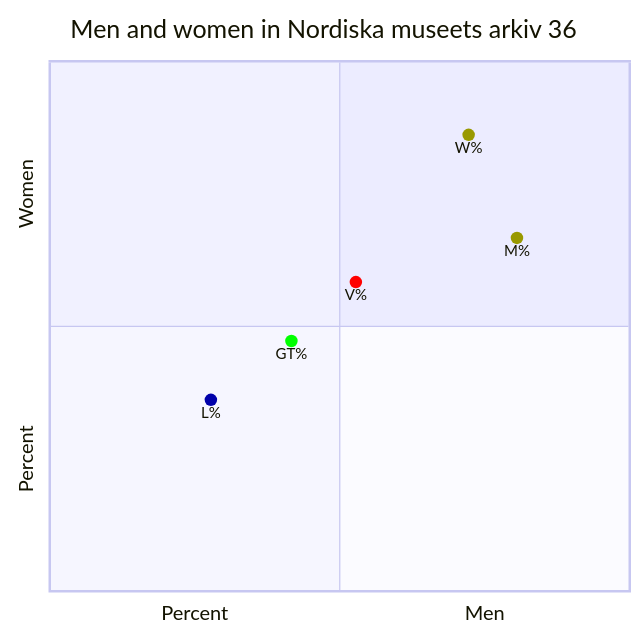
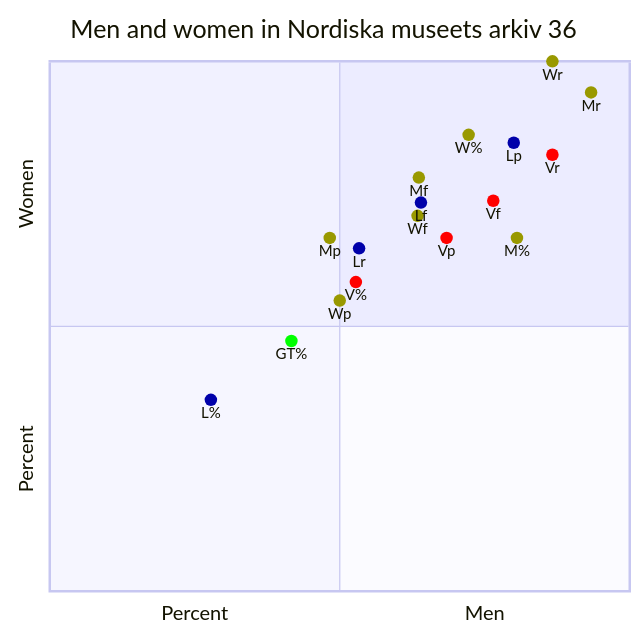
Diagram 11 of 11 in browser/scatter.md (Modern36/tropes_1500), drawn with Mermaid before and after one commit. The commit also changed other lines of this file and 1 other file, not shown here.

````diff
--- a/browser/scatter.md
+++ b/browser/scatter.md
@@ -172,12 +292,24 @@
 ```mermaid
 quadrantChart
     title Men and women in Nordiska museets arkiv 36
     x-axis Percent --> Men
     y-axis Percent --> Women
     M%: [0.8055555555555556, 0.6666666666666666] color: #999900
     W%: [0.7222222222222222, 0.8611111111111112] color: #999900
     GT%: [0.4166666666666667, 0.4722222222222222] color: #00FF00
     V%: [0.5277777777777778, 0.5833333333333334] color: #FF0000
     L%: [0.2777777777777778, 0.3611111111111111] color: #0000AA
+    Lf: [0.64, 0.7333333333333333]  color: #0000AA
+    Lp: [0.8, 0.8461538461538461]  color: #0000AA
+    Lr: [0.5333333333333333, 0.6470588235294118]  color: #0000AA
+    Vf: [0.7647058823529411, 0.7368421052631579]  color: #FF0000
+    Vp: [0.6842105263157895, 0.6666666666666666]  color: #FF0000
+    Vr: [0.8666666666666667, 0.8235294117647058]  color: #FF0000
+    Wf: [0.6341463414634146, 0.7083333333333334]  color: #999900
+    Wp: [0.5, 0.5483870967741935]  color: #999900
+    Wr: [0.8666666666666667, 0.9999]  color: #999900
+    Mf: [0.6363636363636364, 0.7804878048780488]  color: #999900
+    Mp: [0.4827586206896552, 0.6666666666666666]  color: #999900
+    Mr: [0.9333333333333333, 0.9411764705882353]  color: #999900
 
 ```
````
